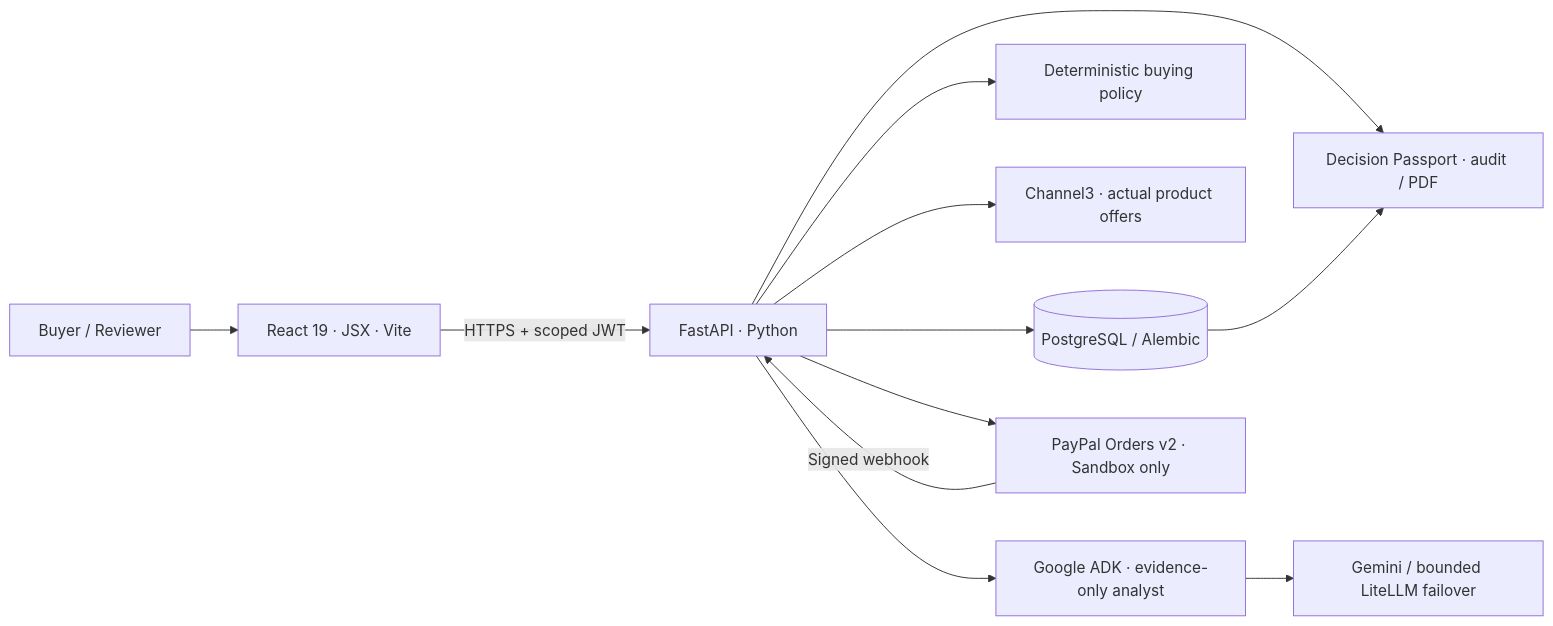
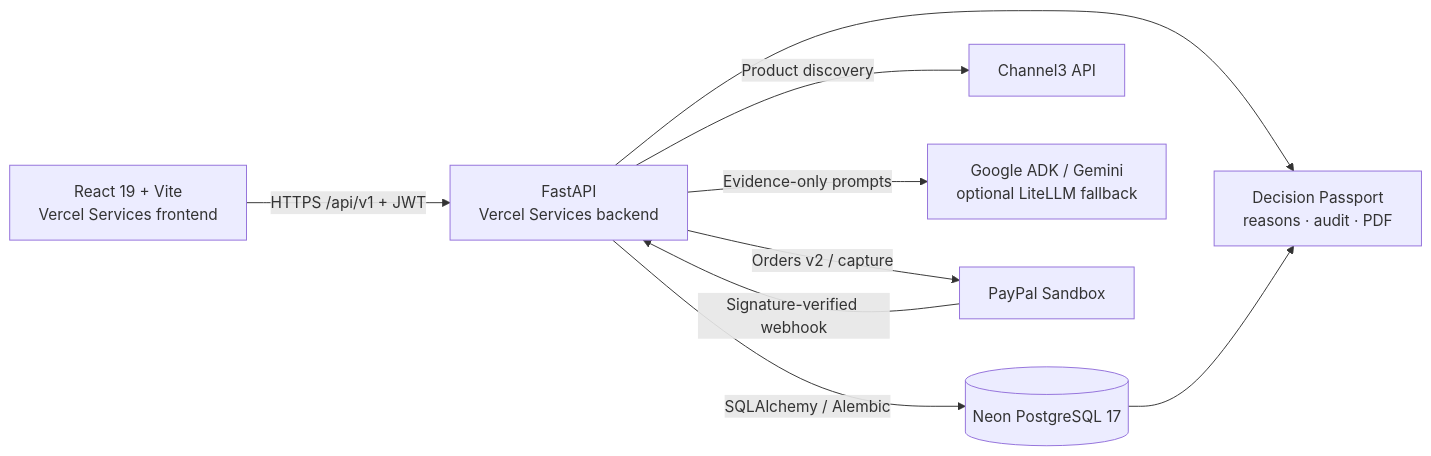
Before and after one commit to PerezChris99/ProcurePilot-AI: the second of 3 diagrams in README.md, drawn with Mermaid. The commit also changed other lines of this file and 3 other files, not shown here.

````diff
--- a/README.md
+++ b/README.md
@@ -96,14 +63,11 @@
 ```mermaid
 flowchart LR
-    B["Buyer / Reviewer"] --> UI["React 19 · JSX · Vite"]
-    UI -->|"HTTPS + scoped JWT"| API["FastAPI · Python"]
-    API --> DB[("PostgreSQL / Alembic")]
-    API --> POL["Deterministic buying policy"]
-    API --> C3["Channel3 · actual product offers"]
-    API --> AI["Google ADK · evidence-only analyst"]
-    AI --> GEM["Gemini / bounded LiteLLM failover"]
-    API --> PP["PayPal Orders v2 · Sandbox only"]
-    PP -->|"Signed webhook"| API
-    API --> PAS["Decision Passport · audit / PDF"]
+    UI["React 19 + Vite<br/>Vercel Services frontend"] -->|"HTTPS /api/v1 + JWT"| API["FastAPI<br/>Vercel Services backend"]
+    API -->|"SQLAlchemy / Alembic"| DB[("Neon PostgreSQL 17")]
+    API -->|"Product discovery"| C3["Channel3 API"]
+    API -->|"Evidence-only prompts"| ADK["Google ADK / Gemini<br/>optional LiteLLM fallback"]
+    API -->|"Orders v2 / capture"| PP["PayPal Sandbox"]
+    PP -->|"Signature-verified webhook"| API
+    API --> PAS["Decision Passport<br/>reasons · audit · PDF"]
     DB --> PAS
 ```
````
